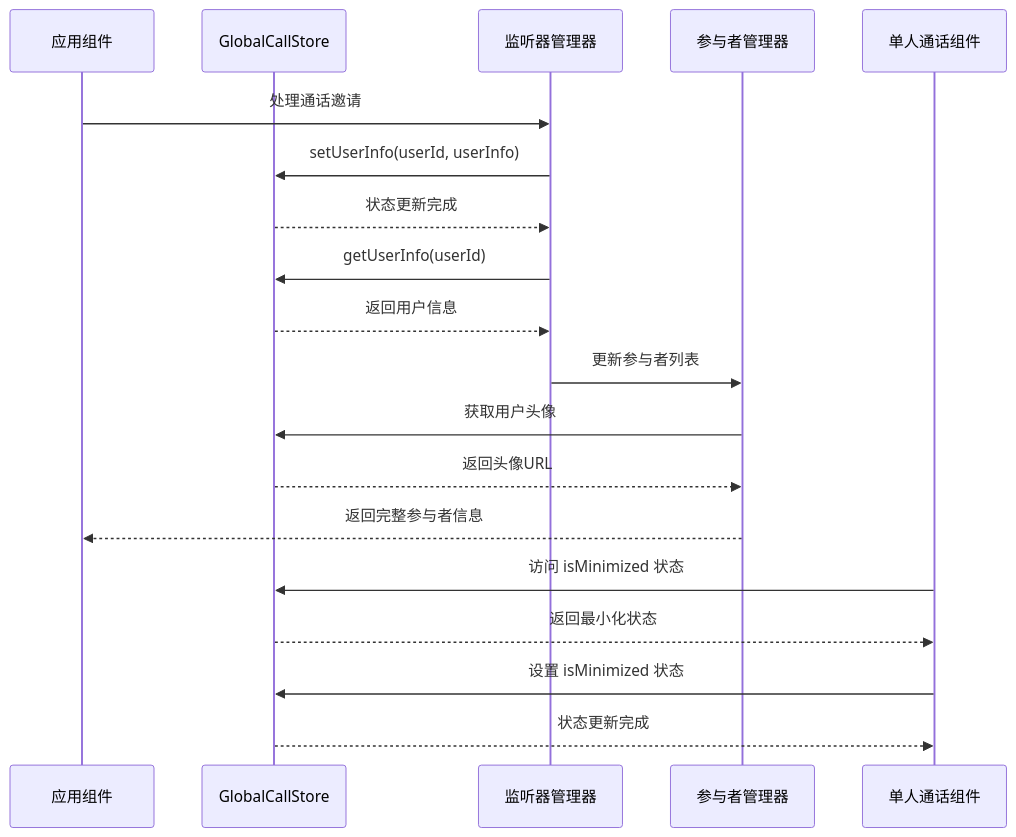
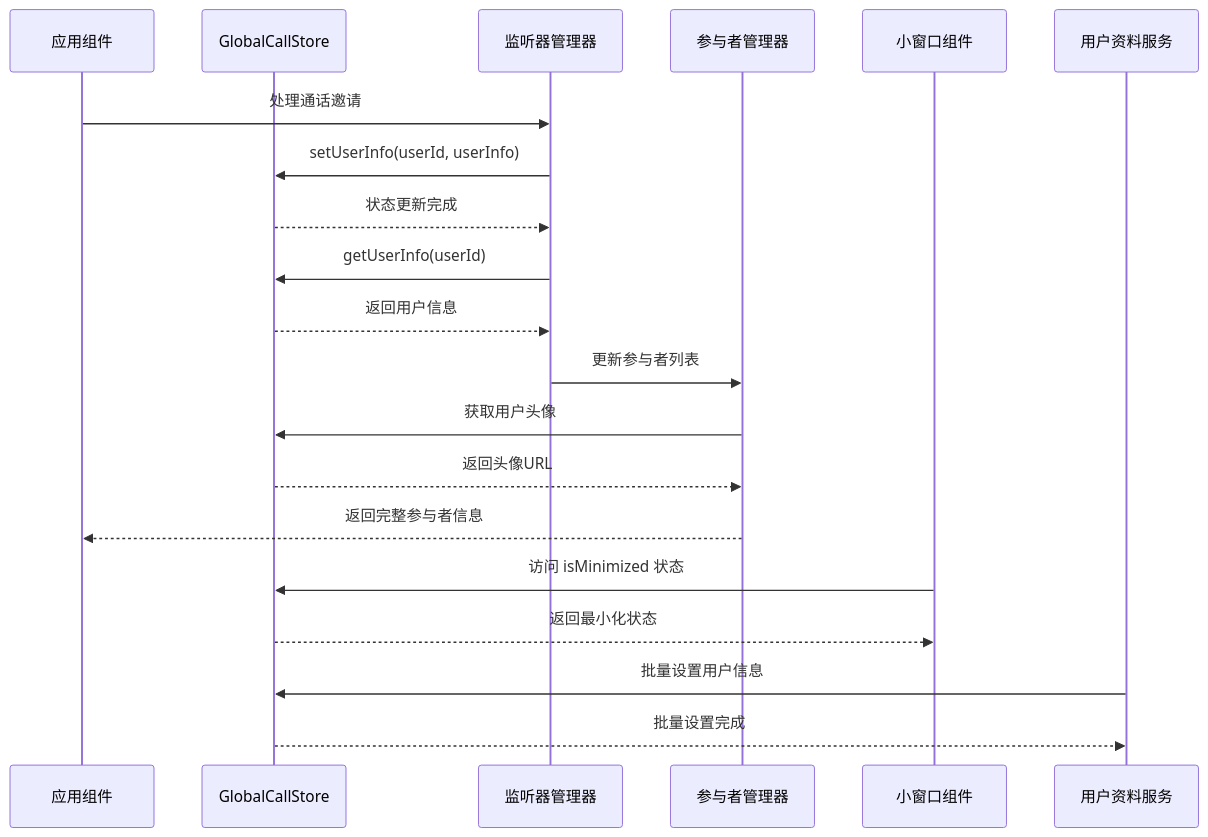
Before and after one commit to Easemob-Community/easemob-uikit-callkit-vue3: the third of 13 diagrams in .qoder/repowiki/zh/content/状态管理/GlobalCallStore 全局通话状态.md, drawn with Mermaid. The commit also changed other lines of this file and 15 other files, not shown here.

````diff
--- a/.qoder/repowiki/zh/content/状态管理/GlobalCallStore 全局通话状态.md
+++ b/.qoder/repowiki/zh/content/状态管理/GlobalCallStore 全局通话状态.md
@@ -137,21 +159,22 @@
 ```mermaid
 sequenceDiagram
 participant App as 应用组件
 participant Store as GlobalCallStore
 participant Listener as 监听器管理器
 participant Participants as 参与者管理器
-participant SingleCall as 单人通话组件
+participant MiniWindow as 小窗口组件
+participant UserProfile as 用户资料服务
 App->>Listener : 处理通话邀请
 Listener->>Store : setUserInfo(userId, userInfo)
 Store-->>Listener : 状态更新完成
 Listener->>Store : getUserInfo(userId)
 Store-->>Listener : 返回用户信息
 Listener->>Participants : 更新参与者列表
 Participants->>Store : 获取用户头像
 Store-->>Participants : 返回头像URL
 Participants-->>App : 返回完整参与者信息
-SingleCall->>Store : 访问 isMinimized 状态
-Store-->>SingleCall : 返回最小化状态
-SingleCall->>Store : 设置 isMinimized 状态
-Store-->>SingleCall : 状态更新完成
+MiniWindow->>Store : 访问 isMinimized 状态
+Store-->>MiniWindow : 返回最小化状态
+UserProfile->>Store : 批量设置用户信息
+Store-->>UserProfile : 批量设置完成
 ```
````
